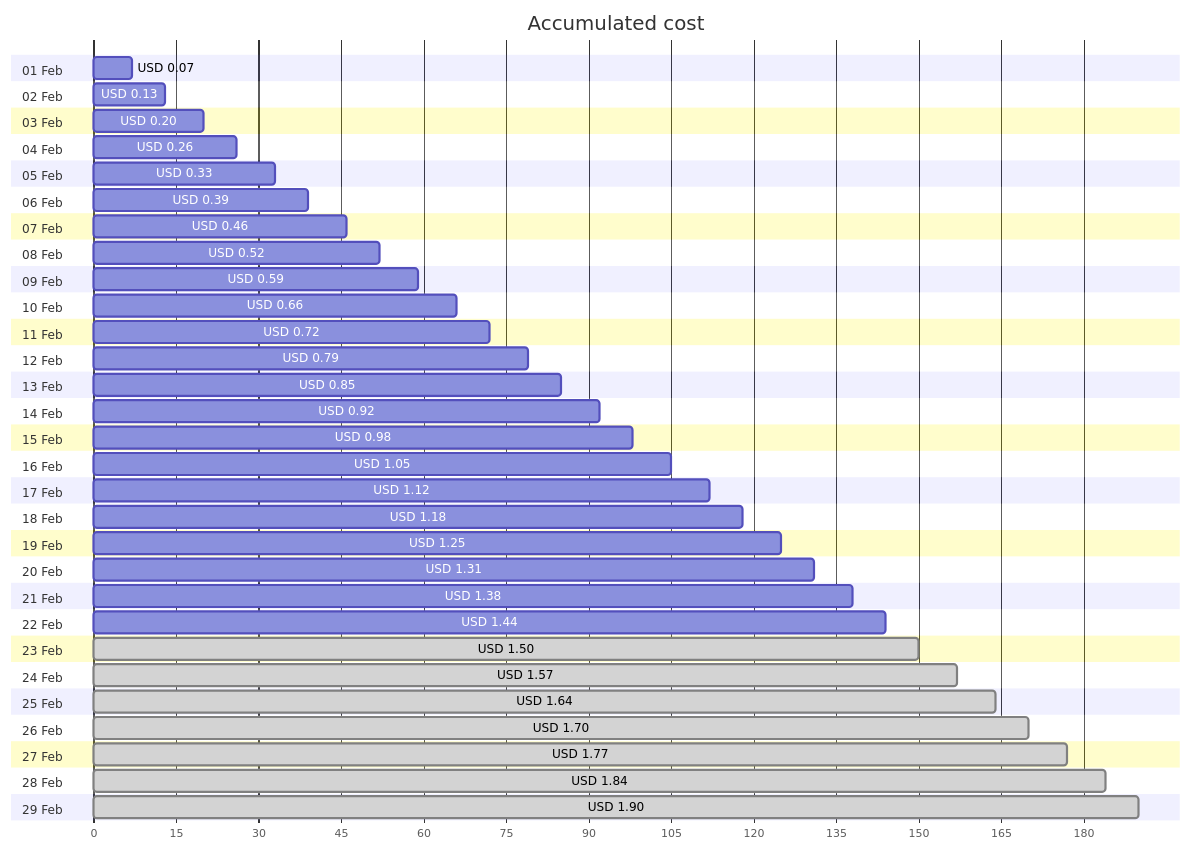
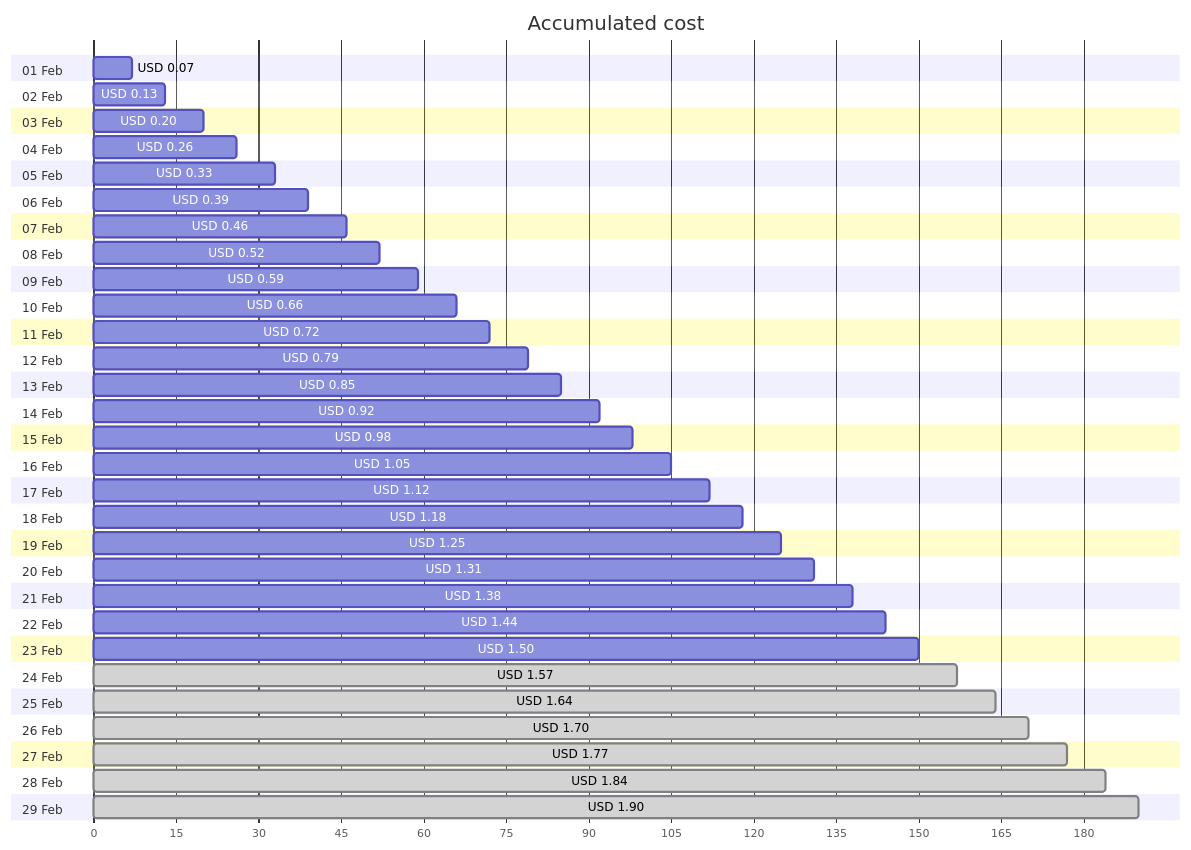
Before and after one commit to jpfulton/azure-personal-reports: the first of 4 diagrams in cost-reports/personal-network/vpn-server_OsDisk.md, drawn with Mermaid. The commit also changed other lines of this file and 8 other files, not shown here.

````diff
--- a/cost-reports/personal-network/vpn-server_OsDisk.md
+++ b/cost-reports/personal-network/vpn-server_OsDisk.md
@@ -20,64 +20,64 @@
 ```mermaid
 gantt
    title Accumulated cost
    dateFormat  X
    axisFormat %s
    section 01 Feb
    USD 0.07 :0, 7
    section 02 Feb
    USD 0.13 :0, 13
    section 03 Feb
    USD 0.20 :0, 20
    section 04 Feb
    USD 0.26 :0, 26
    section 05 Feb
    USD 0.33 :0, 33
    section 06 Feb
    USD 0.39 :0, 39
    section 07 Feb
    USD 0.46 :0, 46
    section 08 Feb
    USD 0.52 :0, 52
    section 09 Feb
    USD 0.59 :0, 59
    section 10 Feb
    USD 0.66 :0, 66
    section 11 Feb
    USD 0.72 :0, 72
    section 12 Feb
    USD 0.79 :0, 79
    section 13 Feb
    USD 0.85 :0, 85
    section 14 Feb
    USD 0.92 :0, 92
    section 15 Feb
    USD 0.98 :0, 98
    section 16 Feb
    USD 1.05 :0, 105
    section 17 Feb
    USD 1.12 :0, 112
    section 18 Feb
    USD 1.18 :0, 118
    section 19 Feb
    USD 1.25 :0, 125
    section 20 Feb
    USD 1.31 :0, 131
    section 21 Feb
    USD 1.38 :0, 138
    section 22 Feb
    USD 1.44 :0, 144
    section 23 Feb
-   USD 1.50 : done, 0, 150
+   USD 1.50 :0, 150
    section 24 Feb
    USD 1.57 : done, 0, 157
    section 25 Feb
    USD 1.64 : done, 0, 164
    section 26 Feb
    USD 1.70 : done, 0, 170
    section 27 Feb
    USD 1.77 : done, 0, 177
    section 28 Feb
    USD 1.84 : done, 0, 184
    section 29 Feb
    USD 1.90 : done, 0, 190
 ```
````
